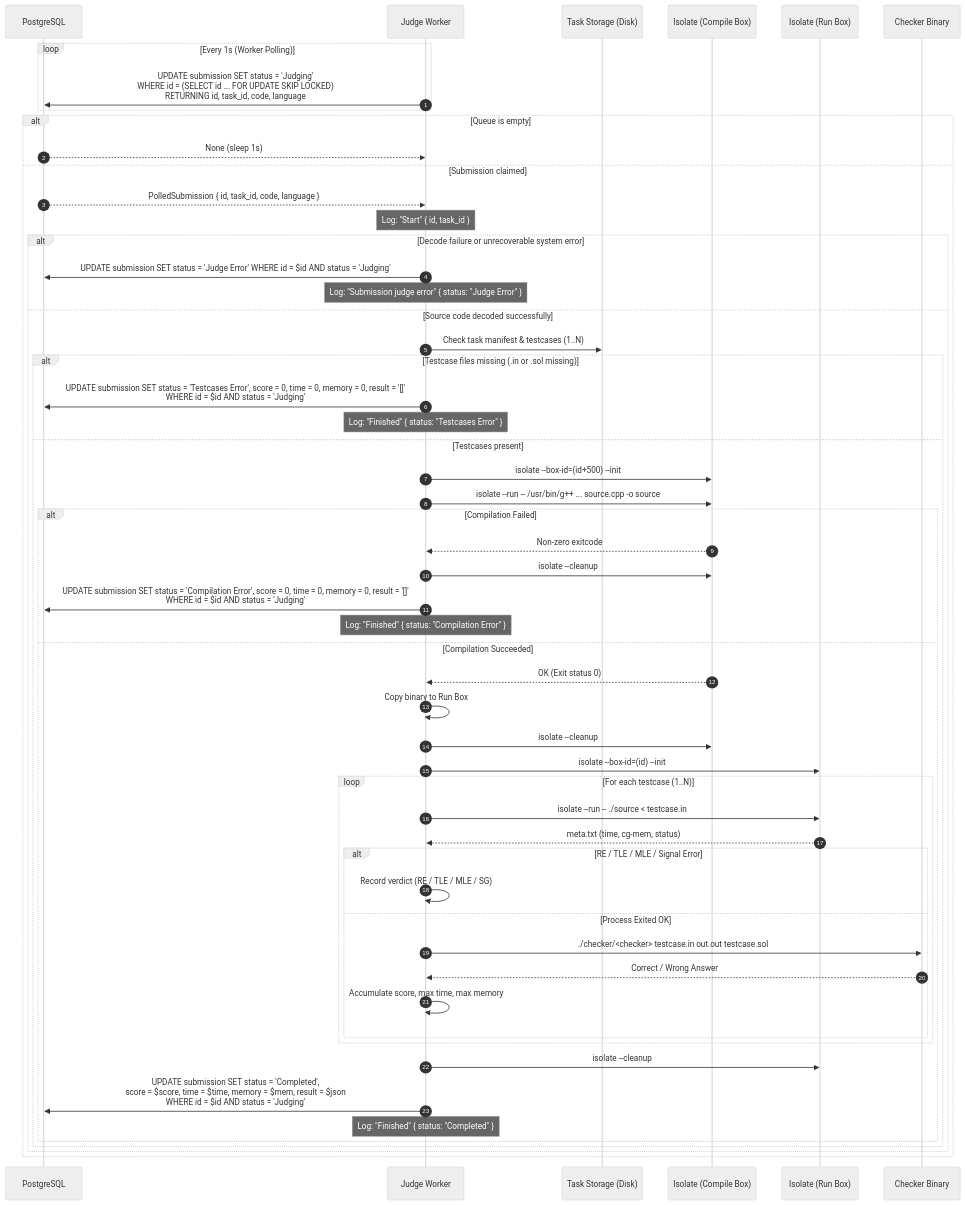
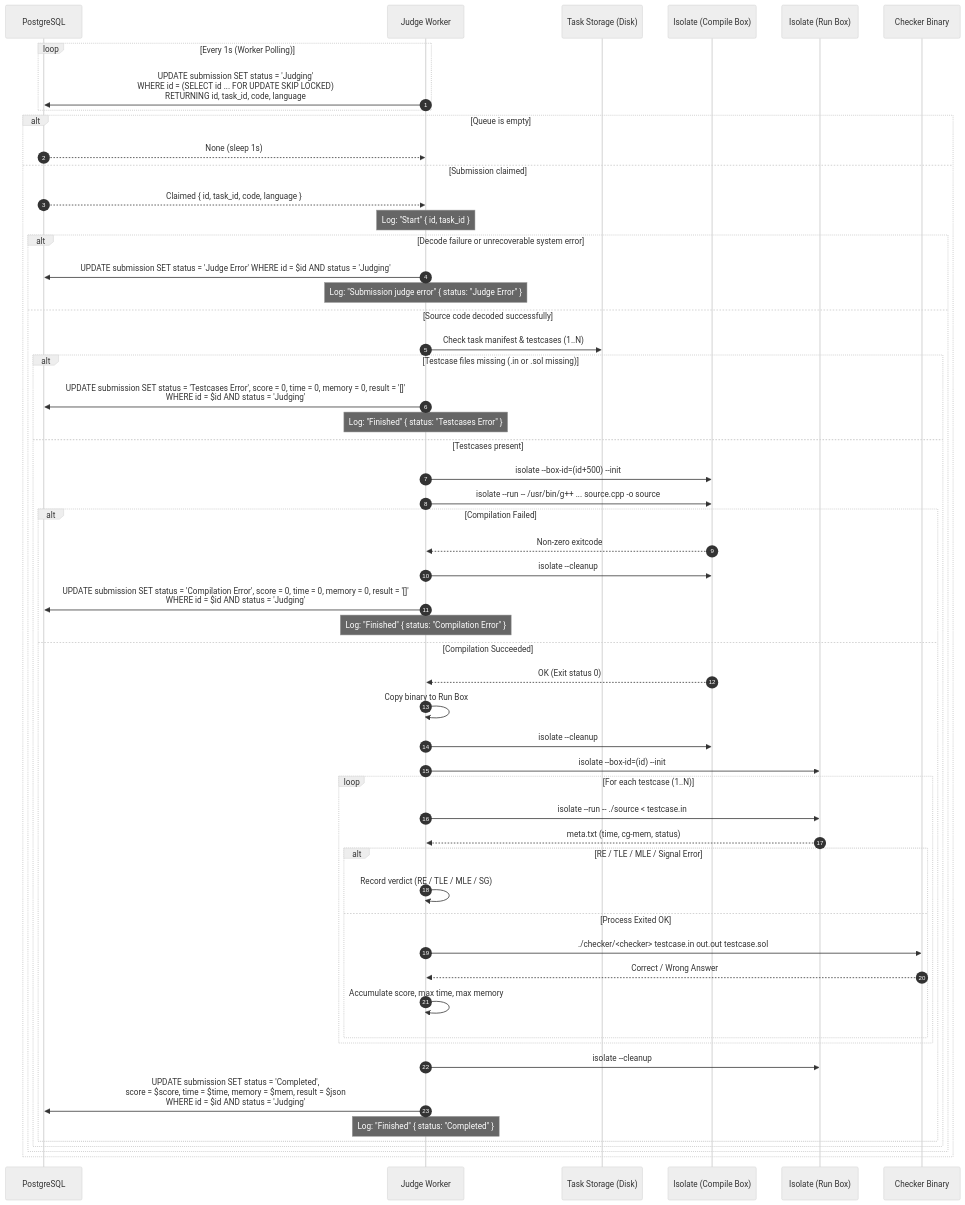
One commit to chawinkn/judge-ma-di changed the second of 2 diagrams in docs/architecture.md. Above: the diagram before and after it, drawn with Mermaid (neutral theme). The commit also changed 4 other files, not shown here.

````diff
--- a/docs/architecture.md
+++ b/docs/architecture.md
@@ -45,69 +45,69 @@
 ```mermaid
 sequenceDiagram
     autonumber
     participant DB as PostgreSQL
     participant W as Judge Worker
     participant FS as Task Storage (Disk)
     participant CB as Isolate (Compile Box)
     participant RB as Isolate (Run Box)
     participant CK as Checker Binary
 
     loop Every 1s (Worker Polling)
         W->>DB: UPDATE submission SET status = 'Judging'<br/>WHERE id = (SELECT id ... FOR UPDATE SKIP LOCKED)<br/>RETURNING id, task_id, code, language
     end
 
     alt Queue is empty
         DB-->>W: None (sleep 1s)
     else Submission claimed
-        DB-->>W: PolledSubmission { id, task_id, code, language }
+        DB-->>W: Claimed { id, task_id, code, language }
         Note over W: Log: "Start" { id, task_id }
         
         alt Decode failure or unrecoverable system error
             W->>DB: UPDATE submission SET status = 'Judge Error' WHERE id = $id AND status = 'Judging'
             Note over W: Log: "Submission judge error" { status: "Judge Error" }
         else Source code decoded successfully
             W->>FS: Check task manifest & testcases (1..N)
             alt Testcase files missing (.in or .sol missing)
                 W->>DB: UPDATE submission SET status = 'Testcases Error', score = 0, time = 0, memory = 0, result = '[]'<br/>WHERE id = $id AND status = 'Judging'
                 Note over W: Log: "Finished" { status: "Testcases Error" }
             else Testcases present
                 %% Step 1: Sandboxed Compilation
                 W->>CB: isolate --box-id=(id+500) --init
                 W->>CB: isolate --run -- /usr/bin/g++ ... source.cpp -o source
                 
                 alt Compilation Failed
                     CB-->>W: Non-zero exitcode
                     W->>CB: isolate --cleanup
                     W->>DB: UPDATE submission SET status = 'Compilation Error', score = 0, time = 0, memory = 0, result = '[]'<br/>WHERE id = $id AND status = 'Judging'
                     Note over W: Log: "Finished" { status: "Compilation Error" }
                 else Compilation Succeeded
                     CB-->>W: OK (Exit status 0)
                     W->>W: Copy binary to Run Box
                     W->>CB: isolate --cleanup
 
                     %% Step 2: Testcase Evaluation
                     W->>RB: isolate --box-id=(id) --init
 
                     loop For each testcase (1..N)
                         W->>RB: isolate --run -- ./source < testcase.in
                         RB-->>W: meta.txt (time, cg-mem, status)
                         
                         alt RE / TLE / MLE / Signal Error
                             W->>W: Record verdict (RE / TLE / MLE / SG)
                         else Process Exited OK
                             W->>CK: ./checker/<checker> testcase.in out.out testcase.sol
                             CK-->>W: Correct / Wrong Answer
                             W->>W: Accumulate score, max time, max memory
                         end
                     end
 
                     W->>RB: isolate --cleanup
 
                     %% Step 3: Writeback
                     W->>DB: UPDATE submission SET status = 'Completed',<br/>score = $score, time = $time, memory = $mem, result = $json<br/>WHERE id = $id AND status = 'Judging'
                     Note over W: Log: "Finished" { status: "Completed" }
                 end
             end
         end
     end
 ```
````
